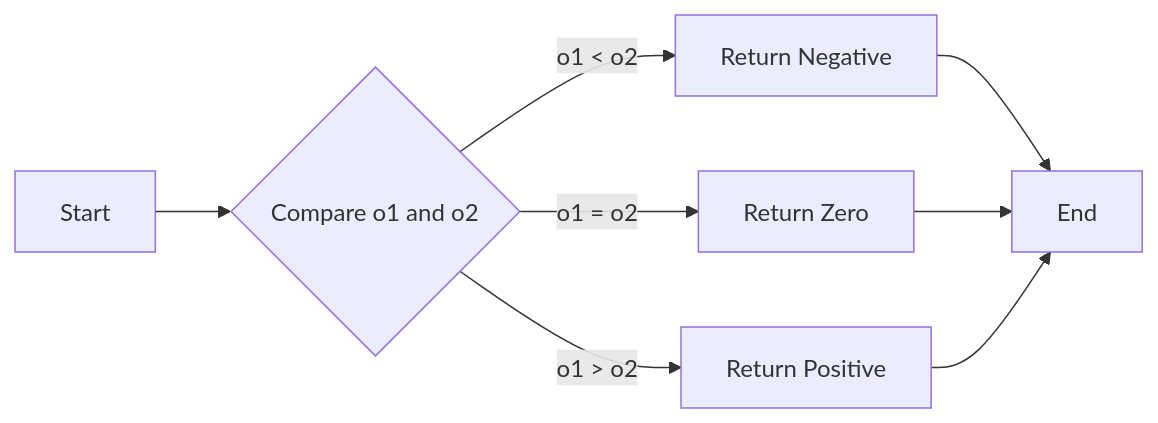
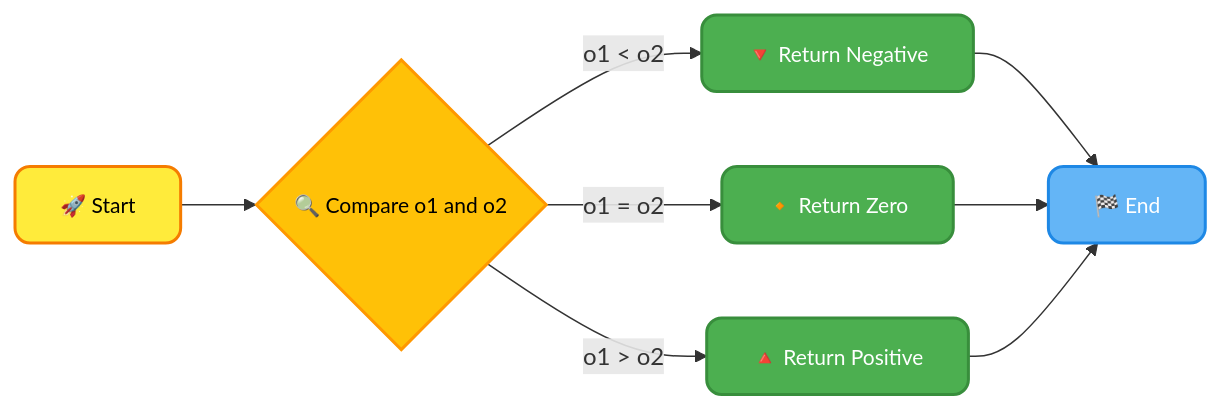
One commit to infoyouth/infoyouth.github.io changed diagram 11 of 14 in _posts/2024-12-31-13.-collection-framework-in-java.md. Above: the diagram before and after it, drawn with Mermaid. The commit also changed other lines of this file and 1 other file, not shown here.

````diff
--- a/_posts/2024-12-31-13.-collection-framework-in-java.md
+++ b/_posts/2024-12-31-13.-collection-framework-in-java.md
@@ -506,10 +658,23 @@
-   ```mermaid
-   graph LR
-       A[Start] --> B{Compare o1 and o2};
-       B -- o1 < o2 --> C[Return Negative];
-       B -- o1 = o2 --> D[Return Zero];
-       B -- o1 > o2 --> E[Return Positive];
-       C --> F[End];
-       D --> F;
-       E --> F;
-   ```
+```mermaid
+graph LR
+    A[🚀 Start] --> B{🔍 Compare o1 and o2}
+    B -- o1 < o2 --> C[🔻 Return Negative]
+    B -- o1 = o2 --> D[🔸 Return Zero]
+    B -- o1 > o2 --> E[🔺 Return Positive]
+    C --> F[🏁 End]
+    D --> F
+    E --> F
+
+    class A startNode
+    class B decisionNode
+    class C operationNode
+    class D operationNode
+    class E operationNode
+    class F endNode
+
+    classDef startNode fill:#FFEB3B,stroke:#F57C00,color:#000000,font-size:14px,stroke-width:2px,rx:10px;
+    classDef decisionNode fill:#FFC107,stroke:#FF9800,color:#000000,font-size:14px,stroke-width:2px,rx:10px;
+    classDef operationNode fill:#4CAF50,stroke:#388E3C,color:#FFFFFF,font-size:14px,stroke-width:2px,rx:10px;
+    classDef endNode fill:#64B5F6,stroke:#1E88E5,color:#FFFFFF,font-size:14px,stroke-width:2px,rx:10px;
+
+```
````
